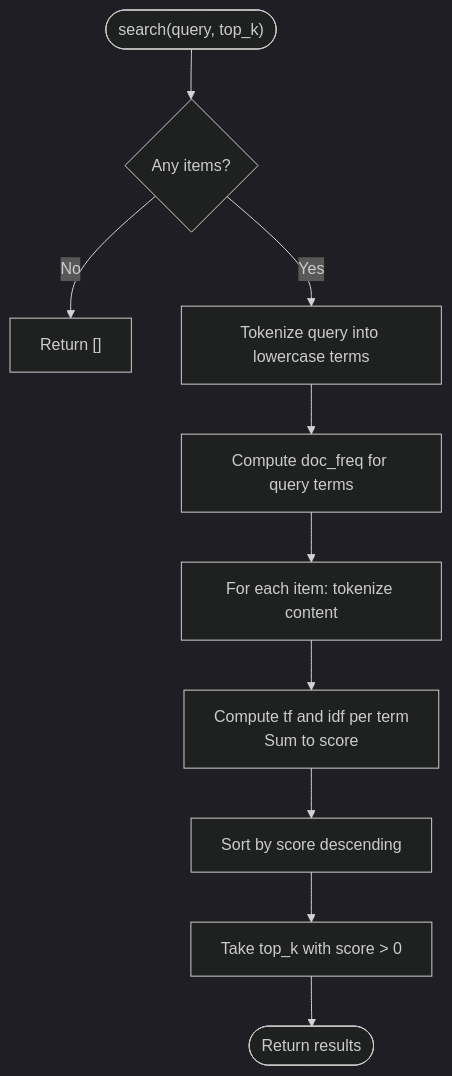
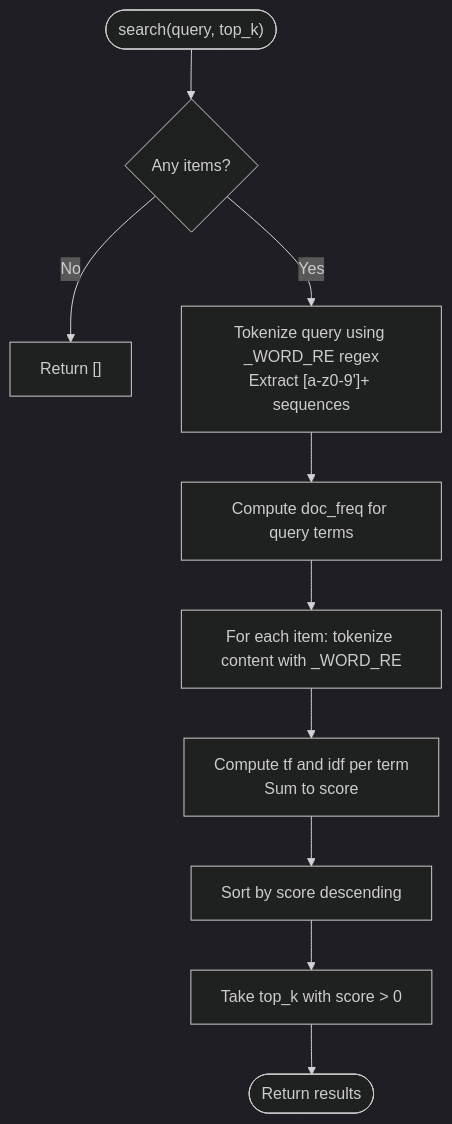
The third of 6 diagrams in .qoder/repowiki/en/content/Core Architecture/Memory Architecture/Long-Term Memory.md (1996Paul-Wen/HarnessAIDemo), drawn with Mermaid (dark theme) before and after one commit. The commit also changed other lines of this file and 4 other files, not shown here.

````diff
--- a/.qoder/repowiki/en/content/Core Architecture/Memory Architecture/Long-Term Memory.md
+++ b/.qoder/repowiki/en/content/Core Architecture/Memory Architecture/Long-Term Memory.md
@@ -118,12 +129,12 @@
 ```mermaid
 flowchart TD
 Start(["search(query, top_k)"]) --> CheckEmpty{"Any items?"}
 CheckEmpty --> |No| ReturnEmpty["Return []"]
-CheckEmpty --> |Yes| Tokenize["Tokenize query into lowercase terms"]
-Tokenize --> ComputeDF["Compute doc_freq for query terms"]
-ComputeDF --> IterateItems["For each item: tokenize content"]
+CheckEmpty --> |Yes| TokenizeQuery["Tokenize query using _WORD_RE regex<br/>Extract [a-z0-9']+ sequences"]
+TokenizeQuery --> ComputeDF["Compute doc_freq for query terms"]
+ComputeDF --> IterateItems["For each item: tokenize content with _WORD_RE"]
 IterateItems --> ComputeTFIDF["Compute tf and idf per term<br/>Sum to score"]
 ComputeTFIDF --> SortScores["Sort by score descending"]
 SortScores --> FilterTopK["Take top_k with score > 0"]
 FilterTopK --> End(["Return results"])
 ```
````
